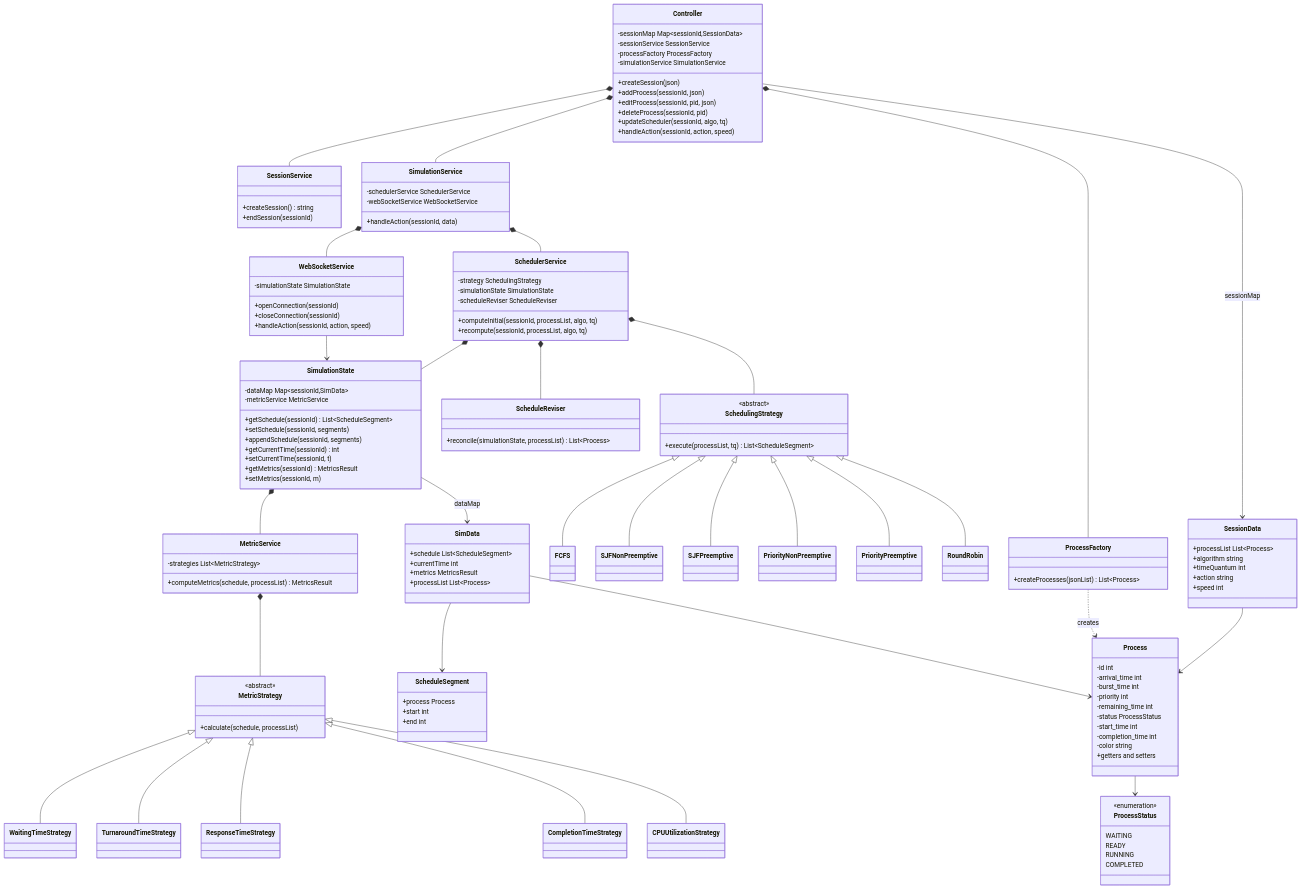
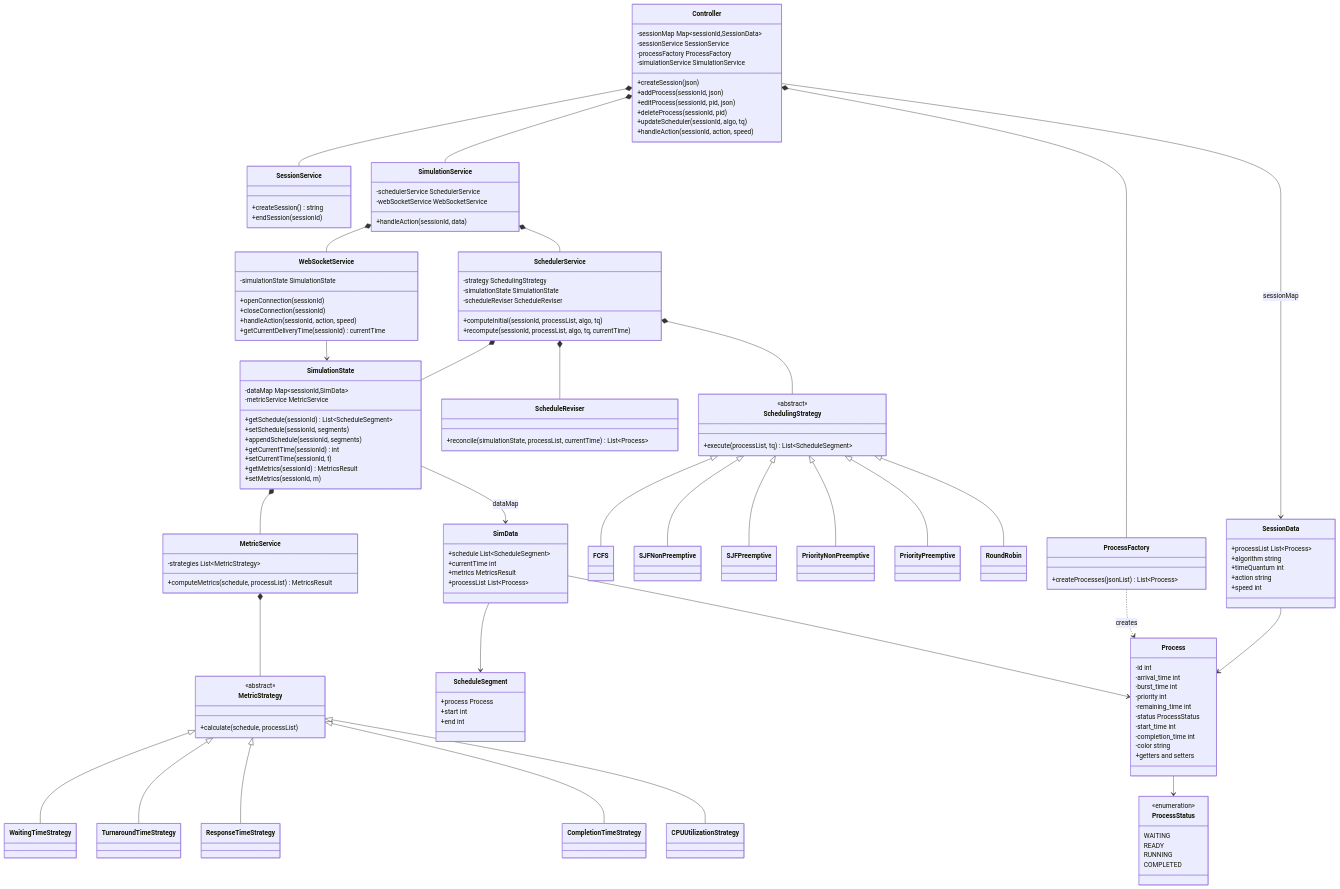
Before and after one commit to Soumyadeepaul/process-scheduling-visualizer: the diagram in docs/LLD.md, drawn with Mermaid. The commit also changed other lines of this file, not shown here.

```diff
--- a/docs/LLD.md
+++ b/docs/LLD.md
@@ -57,7 +57,7 @@
     -simulationState SimulationState
     -scheduleReviser ScheduleReviser
     +computeInitial(sessionId, processList, algo, tq)
-    +recompute(sessionId, processList, algo, tq)
+    +recompute(sessionId, processList, algo, tq, currentTime)
   }
   class SchedulingStrategy {
     <<abstract>>
@@ -70,7 +70,7 @@
   class PriorityPreemptive
   class RoundRobin
   class ScheduleReviser {
-    +reconcile(simulationState, processList) List~Process~
+    +reconcile(simulationState, processList, currentTime) List~Process~
   }
   class SimulationState {
     -dataMap Map~sessionId,SimData~
@@ -112,6 +112,7 @@
     +openConnection(sessionId)
     +closeConnection(sessionId)
     +handleAction(sessionId, action, speed)
+    +getCurrentDeliveryTime(sessionId) currentTime
   }
 
   Controller *-- SessionService
```
